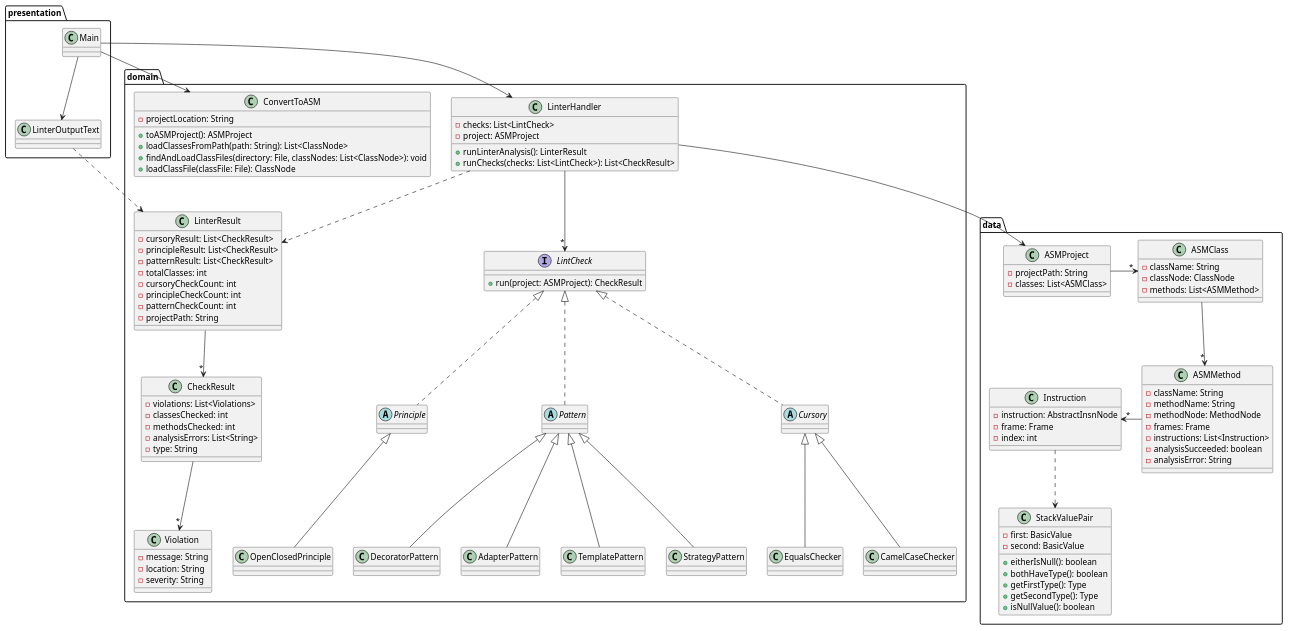
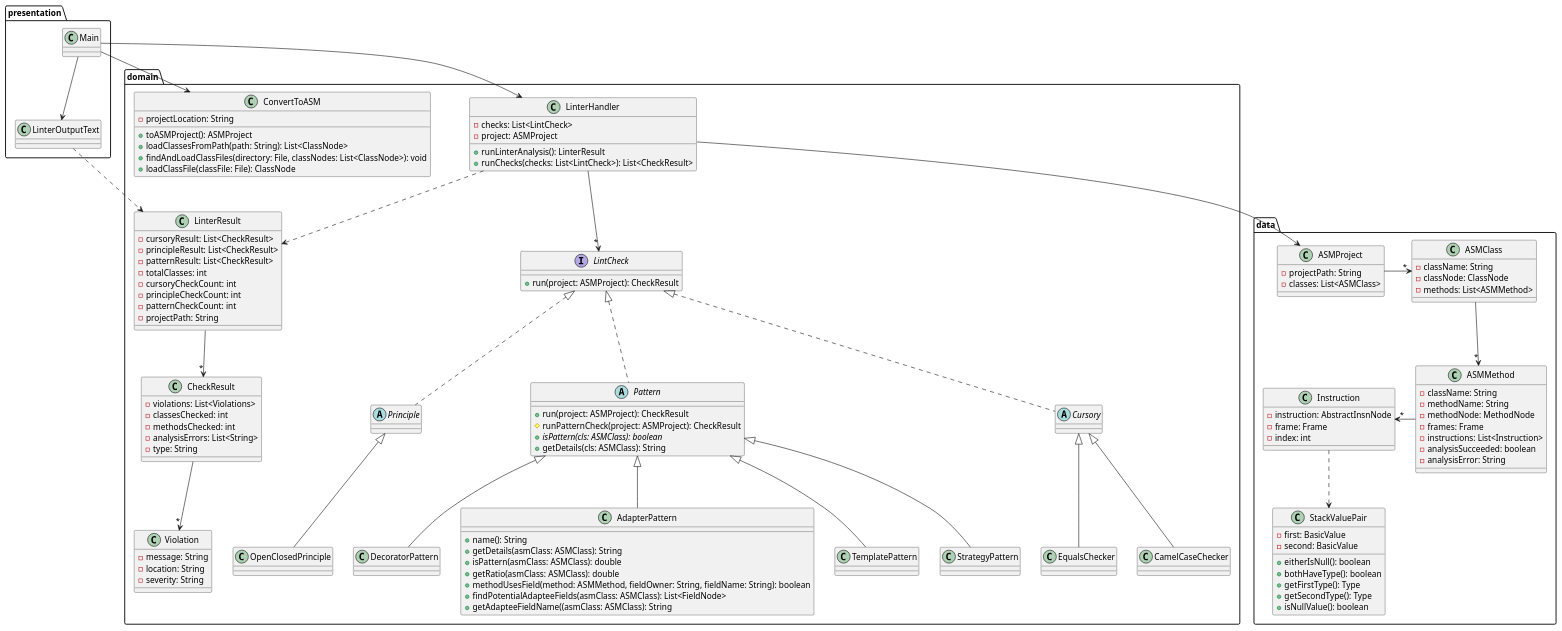
The diagram in docs/architecture/design.puml (Howardnt/CSSE375-Project), drawn with PlantUML before and after one commit. The commit also changed 12 other files, not shown here.

Commit message:
file organization/uml progress/removed redundant code from principle

```diff
--- a/docs/architecture/design.puml
+++ b/docs/architecture/design.puml
@@ -1,145 +1,156 @@
 @startuml
 package presentation{
 Class Main{
 }
 
 class LinterOutputText{
 }
 
 }
 
 package domain{
 
 Class LinterHandler{
 - checks: List<LintCheck>
 - project: ASMProject
 
 +runLinterAnalysis(): LinterResult
 +runChecks(checks: List<LintCheck>): List<CheckResult>
 }
 
 class ConvertToASM{
 -projectLocation: String
 +toASMProject(): ASMProject
 +loadClassesFromPath(path: String): List<ClassNode>
 +findAndLoadClassFiles(directory: File, classNodes: List<ClassNode>): void
 +loadClassFile(classFile: File): ClassNode
 
 }
 
 abstract class Cursory implements LintCheck{
 }
 
 Class EqualsChecker extends Cursory{
 }
 Class CamelCaseChecker extends Cursory{
 }
 
 abstract class Principle implements LintCheck{
 }
 
 class OpenClosedPrinciple extends Principle{
 }
 
 
 abstract class Pattern implements LintCheck{
++run(project: ASMProject): CheckResult
+#runPatternCheck(project: ASMProject): CheckResult
++{abstract} isPattern(cls: ASMClass): boolean
++getDetails(cls: ASMClass): String
 }
 
 Class TemplatePattern extends Pattern{
 }
 Class StrategyPattern extends Pattern{
 }
 Class DecoratorPattern extends Pattern{
 }
 Class AdapterPattern extends Pattern{
++name(): String
++getDetails(asmClass: ASMClass): String
++isPattern(asmClass: ASMClass): double
++getRatio(asmClass: ASMClass): double
++methodUsesField(method: ASMMethod, fieldOwner: String, fieldName: String): boolean
++findPotentialAdapteeFields(asmClass: ASMClass): List<FieldNode>
++getAdapteeFieldName((asmClass: ASMClass): String
 }
 
 interface LintCheck {
 +run(project: ASMProject): CheckResult
 }
 
 class Violation{
 -message: String
 -location: String
 -severity: String
 }
 
 class CheckResult{
 -violations: List<Violations>
 -classesChecked: int
 -methodsChecked: int
 -analysisErrors: List<String>
 -type: String
 }
 
 class LinterResult{
 -cursoryResult: List<CheckResult>
 -principleResult: List<CheckResult>
 -patternResult: List<CheckResult>
 -totalClasses: int
 -cursoryCheckCount: int
 -principleCheckCount: int
 -patternCheckCount: int
 -projectPath: String
 }
 }
 
 package data{
 
 class ASMClass {
 -className: String
 -classNode: ClassNode
 -methods: List<ASMMethod>
 }
 
 class ASMMethod {
 -className: String
 -methodName: String
 -methodNode: MethodNode
 -frames: Frame
 -instructions: List<Instruction>
 -analysisSucceeded: boolean
 -analysisError: String
 }
 
 class ASMProject {
 -projectPath: String
 -classes: List<ASMClass>
 }
 
 class Instruction {
 -instruction: AbstractInsnNode
 -frame: Frame
 -index: int
 }
 
 class StackValuePair {
 -first: BasicValue
 -second: BasicValue
 +eitherIsNull(): boolean
 +bothHaveType(): boolean
 +getFirstType(): Type
 +getSecondType(): Type
 +isNullValue(): boolean
 }
 }
 
 ASMProject -r-> "*" ASMClass
 ASMClass -d-> "*" ASMMethod
 ASMMethod -l-> "*" Instruction
 Instruction ..> StackValuePair
 
 Main --> ConvertToASM
 Main --> LinterHandler
 Main --> LinterOutputText
 
 LinterHandler --> ASMProject
 LinterHandler --> "*" LintCheck
 LinterHandler ..> LinterResult
 
 CheckResult --> "*" Violation
 LinterResult --> "*" CheckResult
 
 LinterOutputText ..> LinterResult
 
 @enduml
```
